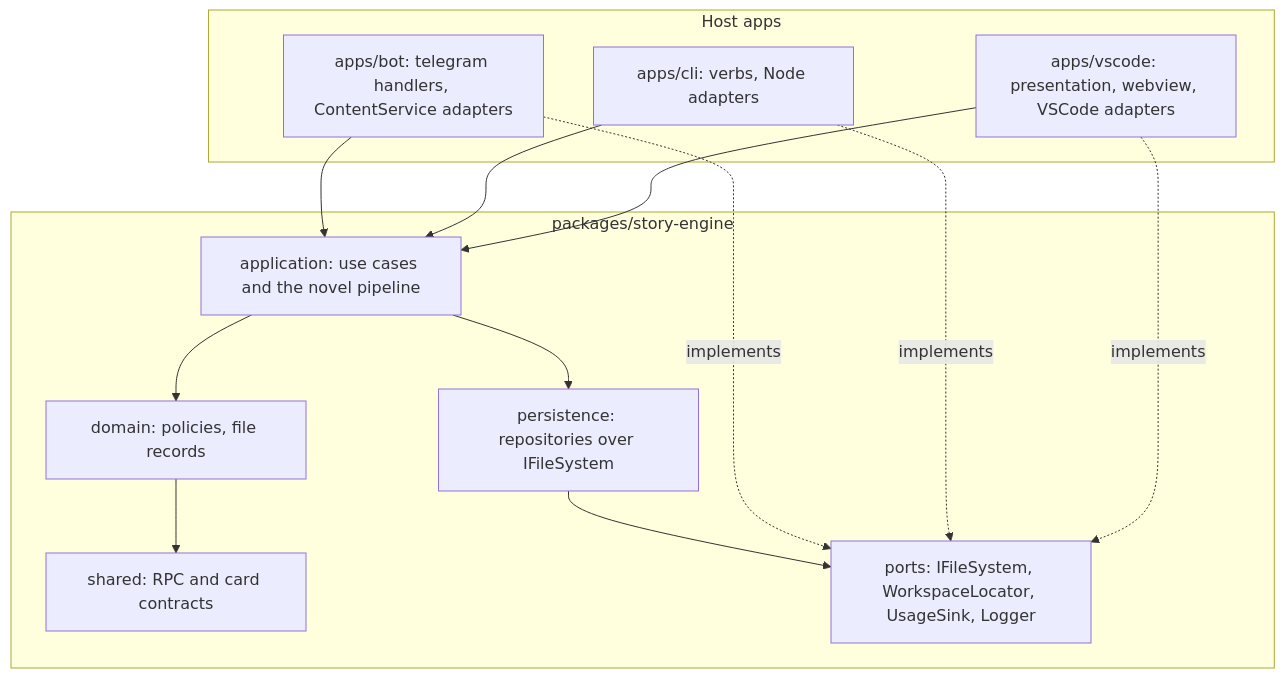
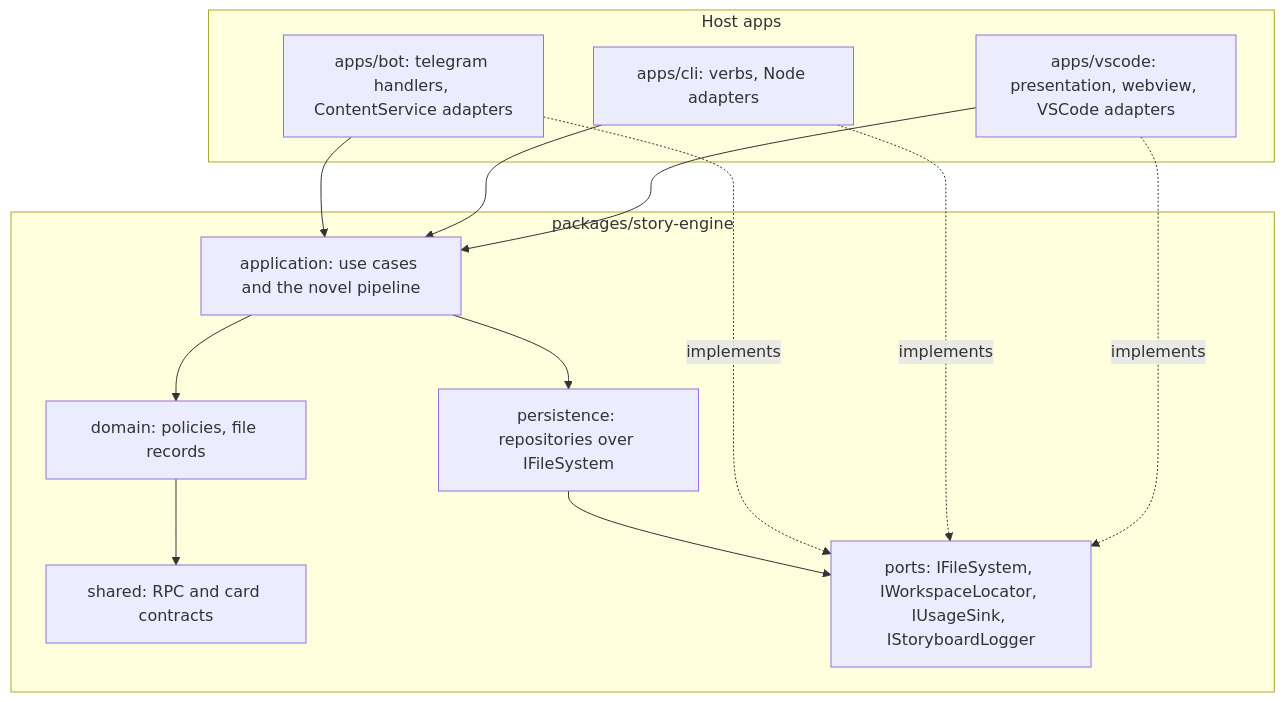
The diagram in .claude/rules/storyboard-overview.md (maroomir/storyboard), drawn with Mermaid before and after one commit. The commit also changed 65 other files, not shown here.

````diff
--- a/.claude/rules/storyboard-overview.md
+++ b/.claude/rules/storyboard-overview.md
@@ -34,27 +34,27 @@
 ```mermaid
 graph TB
     subgraph Engine[packages/story-engine]
         Application[application: use cases and the novel pipeline]
         Persistence[persistence: repositories over IFileSystem]
         Domain[domain: policies, file records]
         SharedContracts[shared: RPC and card contracts]
-        Ports[ports: IFileSystem, WorkspaceLocator, UsageSink, Logger]
+        Ports[ports: IFileSystem, IWorkspaceLocator, IUsageSink, IStoryboardLogger]
     end
 
     subgraph Apps[Host apps]
         VscodeApp[apps/vscode: presentation, webview, VSCode adapters]
         CliApp[apps/cli: verbs, Node adapters]
         BotApp[apps/bot: telegram handlers, ContentService adapters]
     end
 
     VscodeApp --> Application
     CliApp --> Application
     BotApp --> Application
     VscodeApp -.implements.-> Ports
     CliApp -.implements.-> Ports
     BotApp -.implements.-> Ports
     Application --> Persistence
     Application --> Domain
     Persistence --> Ports
     Domain --> SharedContracts
 ```
````
